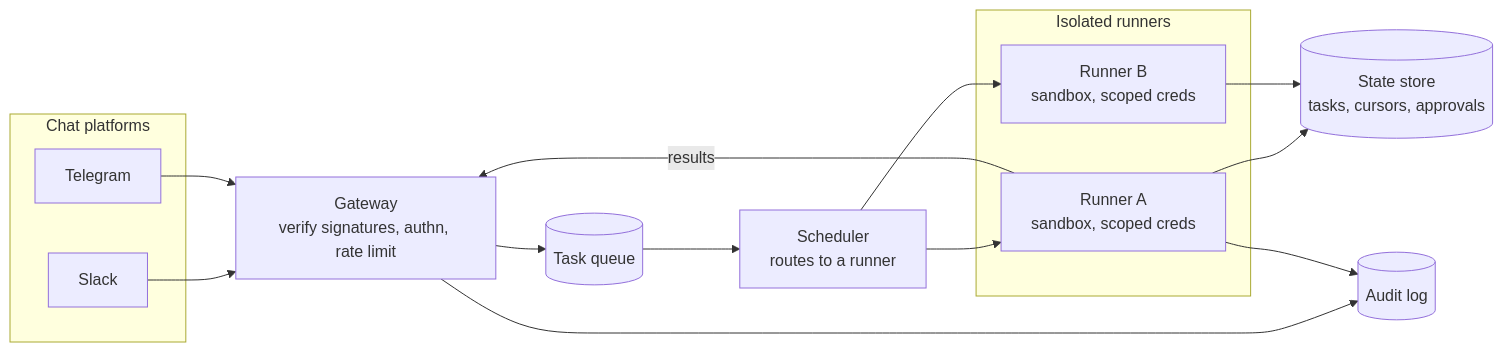
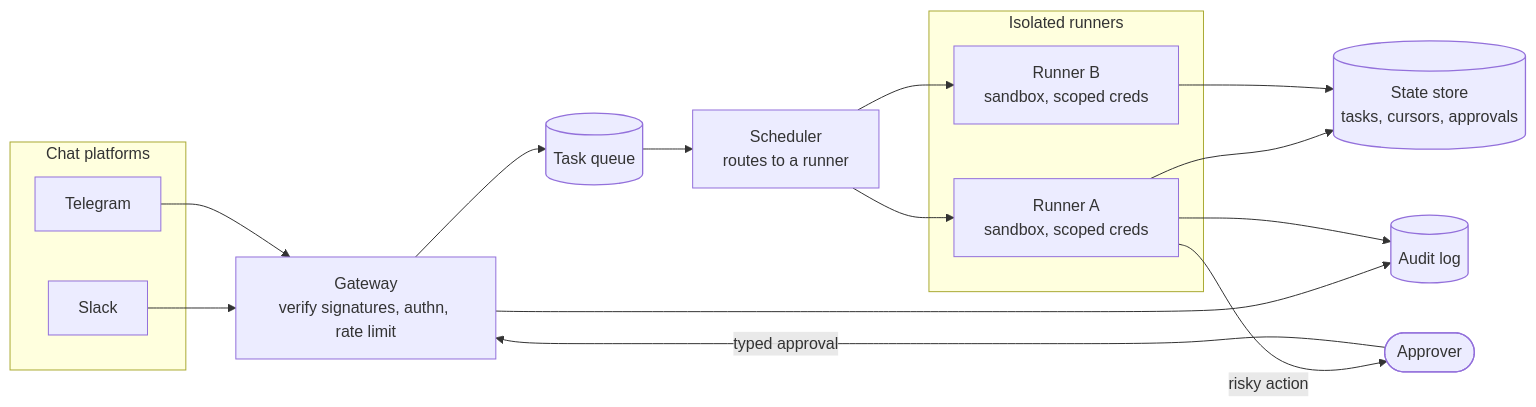
The fifth of 5 diagrams in src/content/docs/slack-relay/system-design.md (dai-3235/docs), drawn with Mermaid before and after one commit. The commit also changed other lines of this file and 20 other files, not shown here.

Commit message:
Redesign site: hybrid semantic search, accent themes, styled diagrams

````diff
--- a/src/content/docs/slack-relay/system-design.md
+++ b/src/content/docs/slack-relay/system-design.md
@@ -203,25 +212,32 @@
 ```mermaid
 flowchart LR
+  classDef human stroke-width:1.3px
+  classDef store stroke-width:1.3px
+  classDef ops stroke-width:1.3px
+  classDef risk stroke-width:1.3px
   subgraph Chat["Chat platforms"]
     SL["Slack"]
     TG["Telegram"]
   end
   GW["Gateway<br/>verify signatures, authn, rate limit"]
-  Q[("Task queue")]
-  ST[("State store<br/>tasks, cursors, approvals")]
-  AU[("Audit log")]
+  Q[("Task queue")]:::store
+  ST[("State store<br/>tasks, cursors, approvals")]:::store
+  AU[("Audit log")]:::store
   SCH["Scheduler<br/>routes to a runner"]
   subgraph Runners["Isolated runners"]
     R1["Runner A<br/>sandbox, scoped creds"]
     R2["Runner B<br/>sandbox, scoped creds"]
   end
+  H(["Approver"]):::human
   SL --> GW
   TG --> GW
-  GW --> Q --> SCH --> R1
+  GW --> Q --> SCH
+  SCH --> R1
   SCH --> R2
   R1 --> ST
   R2 --> ST
   GW --> AU
   R1 --> AU
-  R1 -->|results| GW
+  R1 -->|"risky action"| H
+  H -->|"typed approval"| GW
 ```
````
